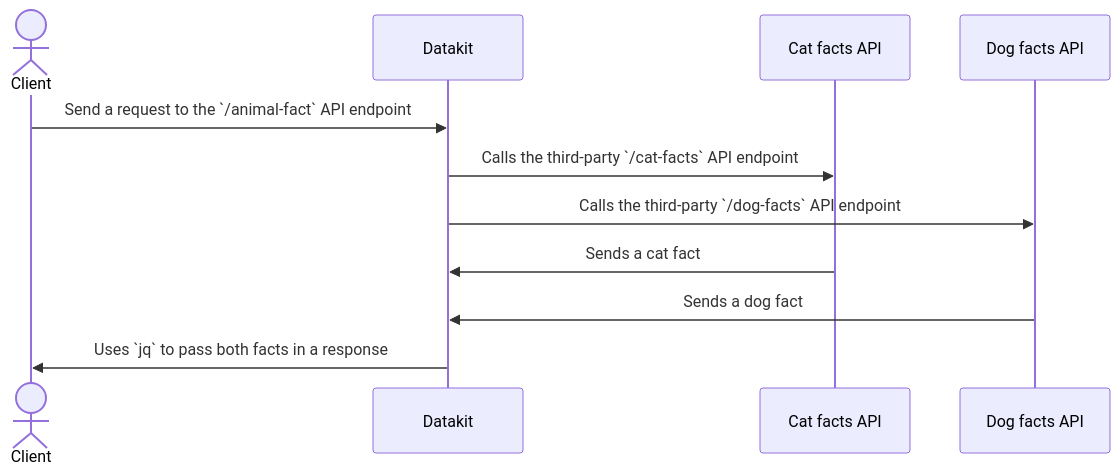
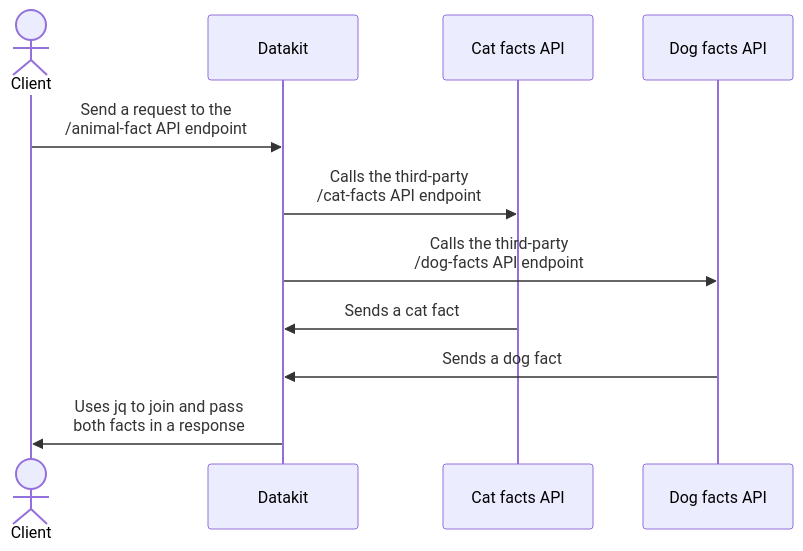
One commit to Kong/docs.konghq.com changed the diagram in app/_src/gateway/kong-enterprise/datakit/index.md. Above: the diagram before and after it, drawn with Mermaid. The commit also changed other lines of this file and 4 other files, not shown here.

Commit message:
reviewer feedback and fix diagram

```diff
--- a/app/_src/gateway/kong-enterprise/datakit/index.md
+++ b/app/_src/gateway/kong-enterprise/datakit/index.md
@@ -45,14 +46,14 @@
 {% mermaid %}
 sequenceDiagram
     actor Client
     participant Datakit
     participant Cat facts API
     participant Dog facts API
 
-    Client->>Datakit: Send a request to the `/animal-fact` API endpoint
-    Datakit->>Cat facts API: Calls the third-party `/cat-facts` API endpoint
-    Datakit->>Dog facts API: Calls the third-party `/dog-facts` API endpoint
+    Client->>Datakit: Send a request to the <br/>/animal-fact API endpoint
+    Datakit->>Cat facts API: Calls the third-party <br/> /cat-facts API endpoint
+    Datakit->>Dog facts API: Calls the third-party <br/> /dog-facts API endpoint
     Cat facts API->>Datakit: Sends a cat fact
     Dog facts API->>Datakit: Sends a dog fact
-    Datakit->>Client: Uses `jq` to pass both facts in a response
+    Datakit->>Client: Uses jq to join and pass <br/>both facts in a response
 {% endmermaid %}
```
